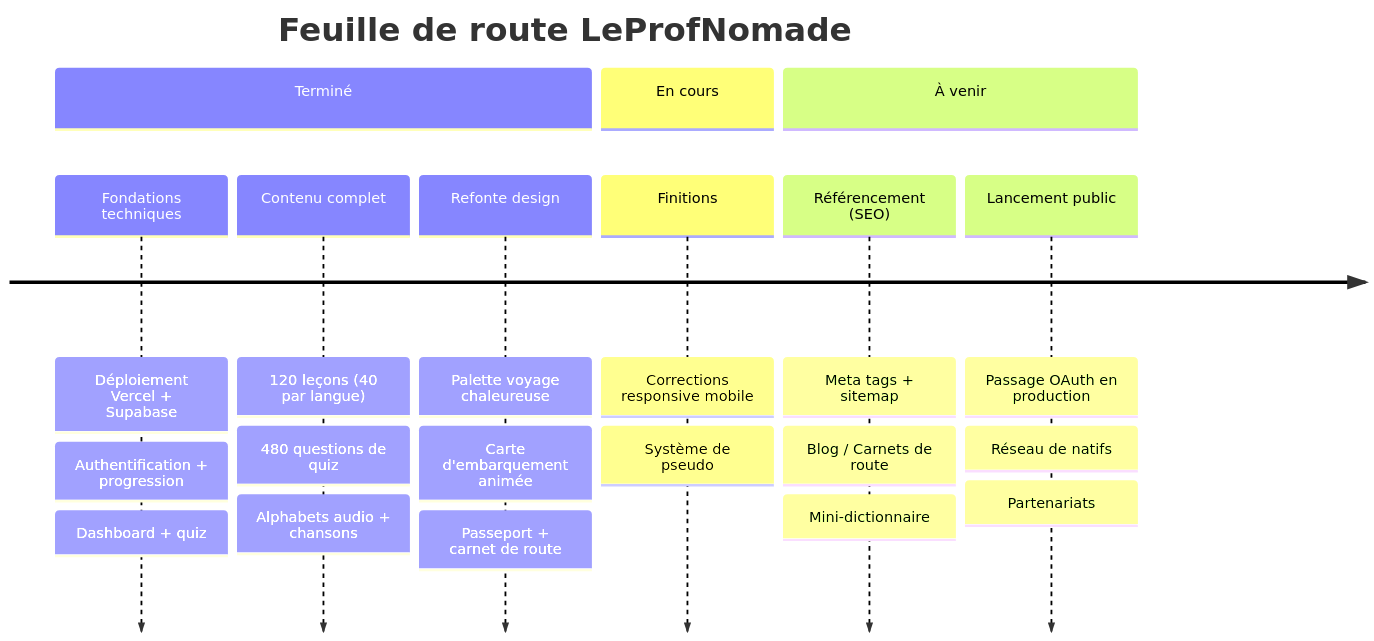
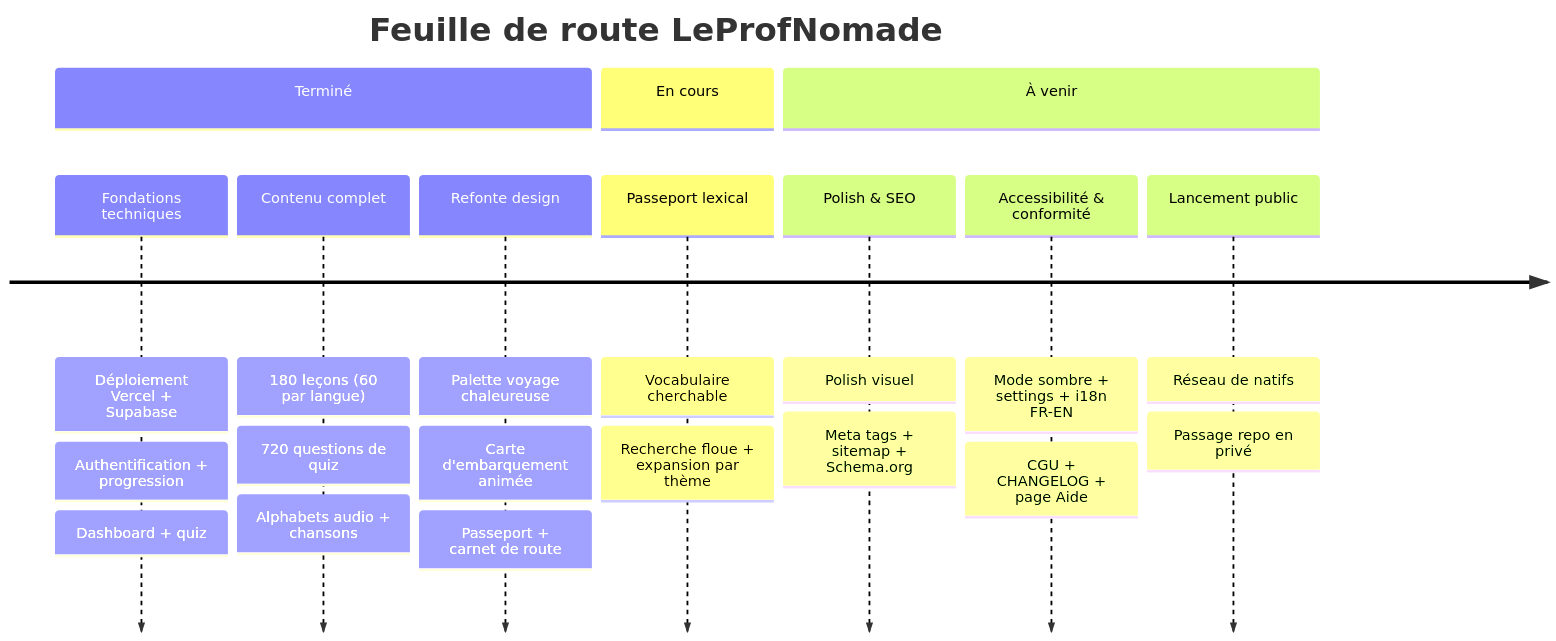
The diagram in README.md (ExZoLe/leprofnomade), drawn with Mermaid before and after one commit. The commit also changed other lines of this file and 1 other file, not shown here.

First line of the commit message:
docs: charte de développement v2.0 + README aligné sur le Trello

````diff
--- a/README.md
+++ b/README.md
@@ -66,13 +86,14 @@
 ```mermaid
 timeline
     title Feuille de route LeProfNomade
     section Terminé
         Fondations techniques : Déploiement Vercel + Supabase : Authentification + progression : Dashboard + quiz
-        Contenu complet : 120 leçons (40 par langue) : 480 questions de quiz : Alphabets audio + chansons
+        Contenu complet : 180 leçons (60 par langue) : 720 questions de quiz : Alphabets audio + chansons
         Refonte design : Palette voyage chaleureuse : Carte d'embarquement animée : Passeport + carnet de route
     section En cours
-        Finitions : Corrections responsive mobile : Système de pseudo
+        Passeport lexical : Vocabulaire cherchable : Recherche floue + expansion par thème
     section À venir
-        Référencement (SEO) : Meta tags + sitemap : Blog / Carnets de route : Mini-dictionnaire
-        Lancement public : Passage OAuth en production : Réseau de natifs : Partenariats
+        Polish & SEO : Polish visuel : Meta tags + sitemap + Schema.org
+        Accessibilité & conformité : Mode sombre + settings + i18n FR-EN : CGU + CHANGELOG + page Aide
+        Lancement public : Réseau de natifs : Passage repo en privé
 ```
````
